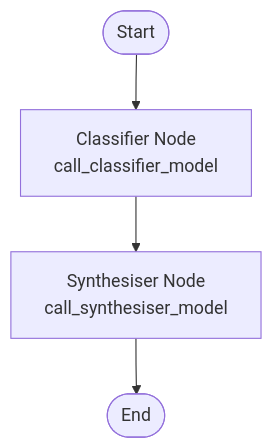
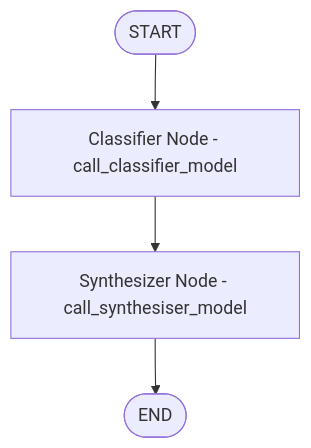
One commit to AmritSDutta/RAGRoute changed the diagram in README.md. Above: the diagram before and after it, drawn with Mermaid. The commit also changed other lines of this file and 11 other files, not shown here.

````diff
--- a/README.md
+++ b/README.md
@@ -55,6 +27,6 @@
 ```mermaid
 flowchart TD
-  START([Start]) --> CLASSIFIER[Classifier Node<br/>call_classifier_model]
-  CLASSIFIER --> SYNTH[Synthesiser Node<br/>call_synthesiser_model]
-  SYNTH --> END([End])
+  START(["START"]) --> CLASSIFIER["Classifier Node - call_classifier_model"]
+  CLASSIFIER --> SYNTH["Synthesizer Node - call_synthesiser_model"]
+  SYNTH --> END(["END"])
 ```
````
